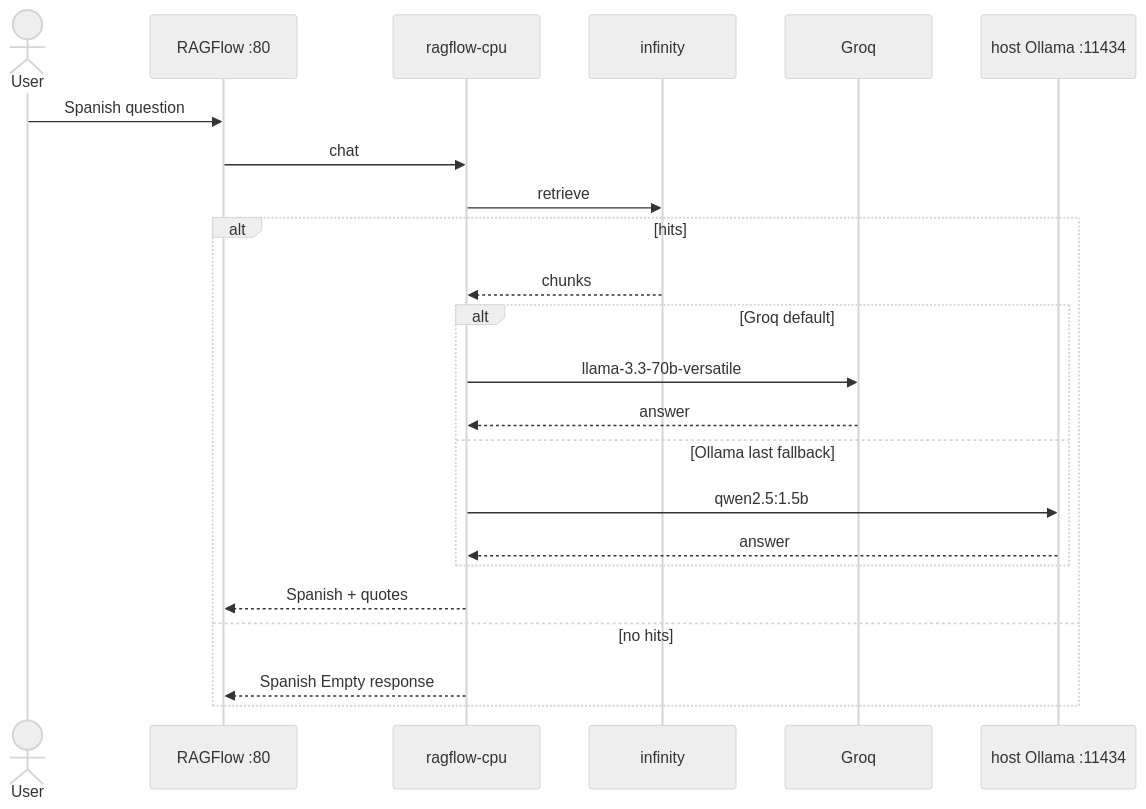
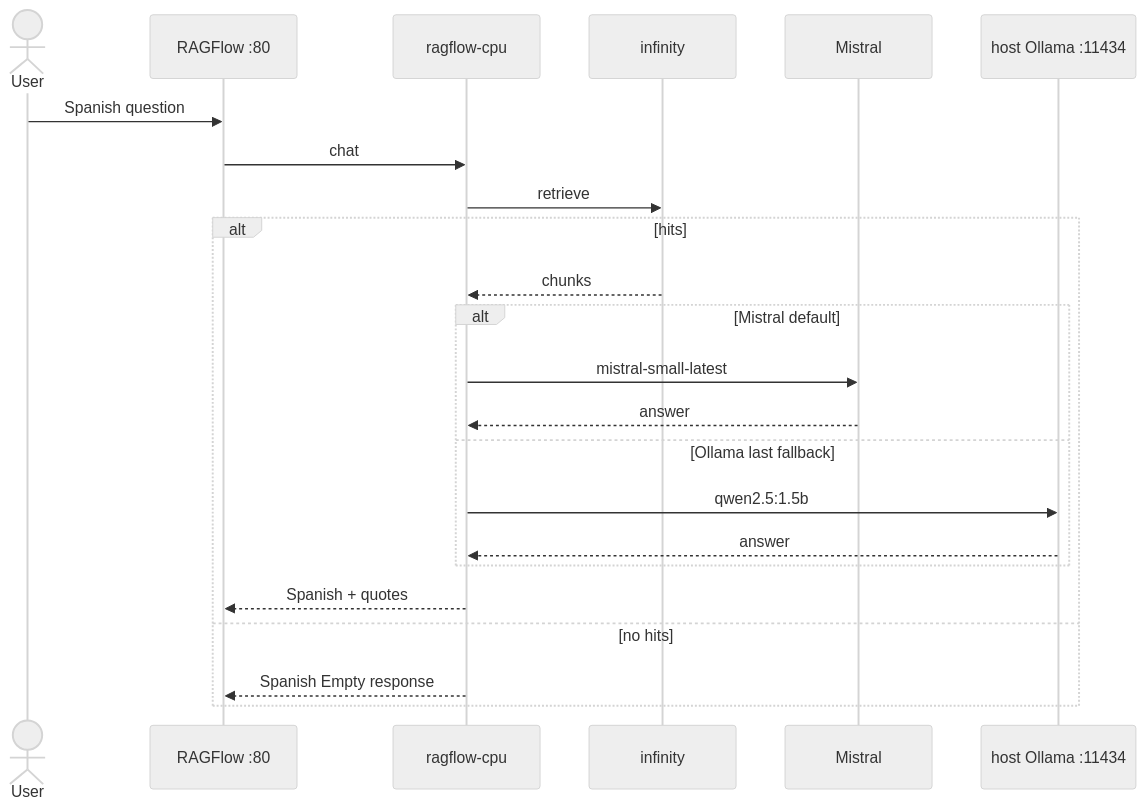
Before and after one commit to javi2481/LEDGERLENS: the second of 2 diagrams in openspec/changes/claimprint-ragflow/design.md, drawn with Mermaid (neutral theme). The commit also changed other lines of this file and 10 other files, not shown here.

````diff
--- a/openspec/changes/claimprint-ragflow/design.md
+++ b/openspec/changes/claimprint-ragflow/design.md
@@ -42,25 +42,25 @@
 ```mermaid
 sequenceDiagram
   actor User
   participant UI as RAGFlow :80
   participant RF as ragflow-cpu
   participant Inf as infinity
-  participant Gq as Groq
+  participant Ms as Mistral
   participant Ol as host Ollama :11434
   User->>UI: Spanish question
   UI->>RF: chat
   RF->>Inf: retrieve
   alt hits
     Inf-->>RF: chunks
-    alt Groq default
-      RF->>Gq: llama-3.3-70b-versatile
-      Gq-->>RF: answer
+    alt Mistral default
+      RF->>Ms: mistral-small-latest
+      Ms-->>RF: answer
     else Ollama last fallback
       RF->>Ol: qwen2.5:1.5b
       Ol-->>RF: answer
     end
     RF-->>UI: Spanish + quotes
   else no hits
     RF-->>UI: Spanish Empty response
   end
 ```
````
